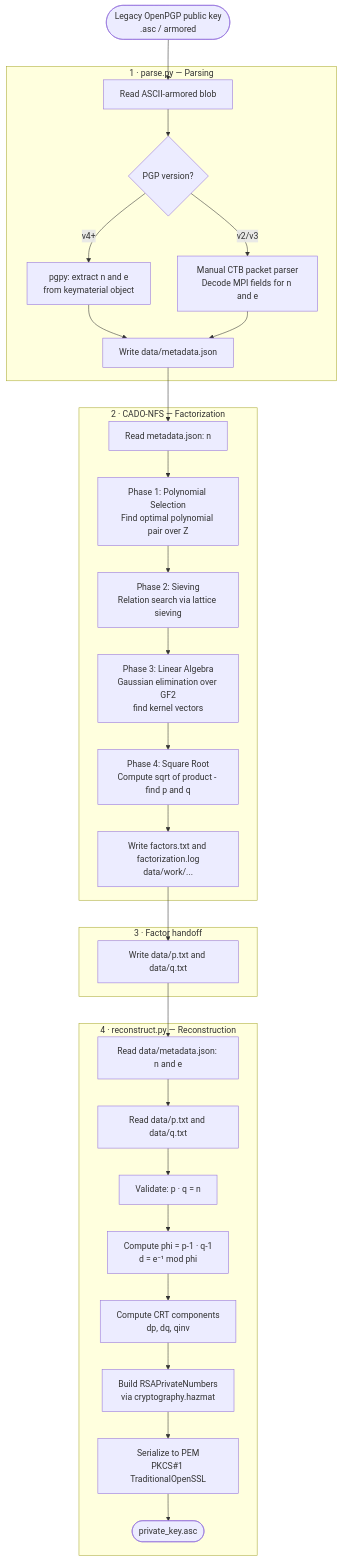
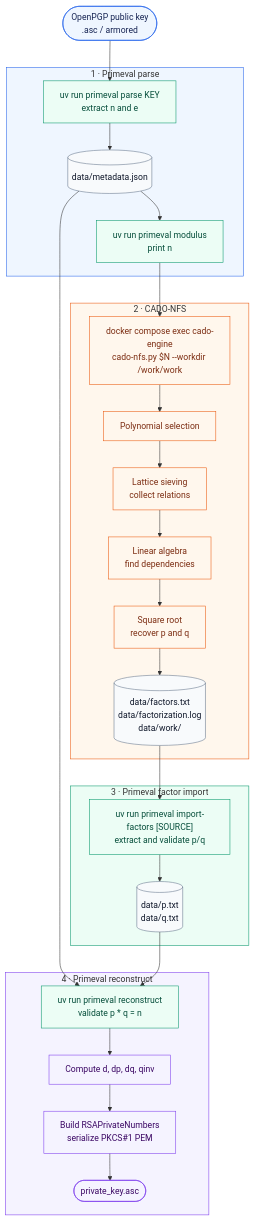
The diagram in README.md (trygu/primeval), drawn with Mermaid before and after one commit.

Commit message:
docs: update pipeline diagram

````diff
--- a/README.md
+++ b/README.md
@@ -113,43 +113,54 @@
 ```mermaid
 flowchart TD
-    A([Legacy OpenPGP public key\n.asc / armored]) --> B
+    A([OpenPGP public key<br/>.asc / armored]) --> P
 
-    subgraph PARSE["1 · parse.py — Parsing"]
-        B[Read ASCII-armored blob]
-        B --> C{PGP version?}
-        C -->|v4+| D[pgpy: extract n and e\nfrom keymaterial object]
-        C -->|v2/v3| E[Manual CTB packet parser\nDecode MPI fields for n and e]
-        D --> F[Write data/metadata.json]
-        E --> F
+    subgraph PARSE["1 · Primeval parse"]
+        P["uv run primeval parse KEY<br/>extract n and e"]
+        P --> M[(data/metadata.json)]
+        M --> N["uv run primeval modulus<br/>print n"]
     end
 
-    F --> G
+    N --> D["docker compose exec cado-engine<br/>cado-nfs.py $N --workdir /work/work"]
 
-    subgraph CADO["2 · CADO-NFS — Factorization"]
-        G[Read metadata.json: n]
-        G --> H[Phase 1: Polynomial Selection\nFind optimal polynomial pair over Z]
-        H --> I[Phase 2: Sieving\nRelation search via lattice sieving]
-        I --> J[Phase 3: Linear Algebra\nGaussian elimination over GF2\nfind kernel vectors]
-        J --> K[Phase 4: Square Root\nCompute sqrt of product - find p and q]
-        K --> L[Write factors.txt and factorization.log\ndata/work/...]
+    subgraph CADO["2 · CADO-NFS"]
+        D --> POLY["Polynomial selection"]
+        POLY --> SIEVE["Lattice sieving<br/>collect relations"]
+        SIEVE --> LA["Linear algebra<br/>find dependencies"]
+        LA --> SQRT["Square root<br/>recover p and q"]
+        SQRT --> CO[(data/factors.txt<br/>data/factorization.log<br/>data/work/)]
     end
 
-    L --> M
+    CO --> IF
 
-    subgraph HANDOFF["3 · Factor handoff"]
-      M[Write data/p.txt and data/q.txt]
+    subgraph HANDOFF["3 · Primeval factor import"]
+        IF["uv run primeval import-factors [SOURCE]<br/>extract and validate p/q"]
+        IF --> F[(data/p.txt<br/>data/q.txt)]
     end
 
     M --> R
+    F --> R
 
-    subgraph RECON["4 · reconstruct.py — Reconstruction"]
-        R[Read data/metadata.json: n and e]
-        R --> S[Read data/p.txt and data/q.txt]
-        S --> T[Validate: p · q = n]
-        T --> U[Compute phi = p-1 · q-1\nd = e⁻¹ mod phi]
-        U --> V[Compute CRT components\ndp, dq, qinv]
-        V --> W[Build RSAPrivateNumbers\nvia cryptography.hazmat]
-        W --> X[Serialize to PEM\nPKCS#1 TraditionalOpenSSL]
-        X --> Y([private_key.asc])
+    subgraph RECON["4 · Primeval reconstruct"]
+        R["uv run primeval reconstruct<br/>validate p * q = n"]
+        R --> CRT["Compute d, dp, dq, qinv"]
+        CRT --> PEM["Build RSAPrivateNumbers<br/>serialize PKCS#1 PEM"]
+        PEM --> OUT([private_key.asc])
     end
+
+    classDef input fill:#eff6ff,stroke:#2563eb,color:#172554
+    classDef cli fill:#ecfdf5,stroke:#059669,color:#064e3b
+    classDef data fill:#f8fafc,stroke:#64748b,color:#0f172a
+    classDef cado fill:#fff7ed,stroke:#ea580c,color:#7c2d12
+    classDef output fill:#f5f3ff,stroke:#7c3aed,color:#3b0764
+
+    class A input
+    class P,N,IF,R cli
+    class M,CO,F data
+    class D,POLY,SIEVE,LA,SQRT cado
+    class CRT,PEM,OUT output
+
+    style PARSE fill:#eff6ff,stroke:#2563eb,stroke-width:1px
+    style CADO fill:#fff7ed,stroke:#ea580c,stroke-width:1px
+    style HANDOFF fill:#ecfdf5,stroke:#059669,stroke-width:1px
+    style RECON fill:#f5f3ff,stroke:#7c3aed,stroke-width:1px
 ```
````
